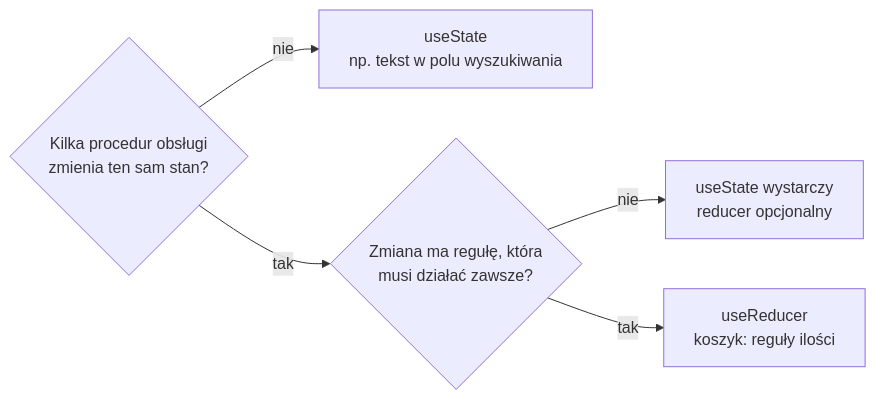
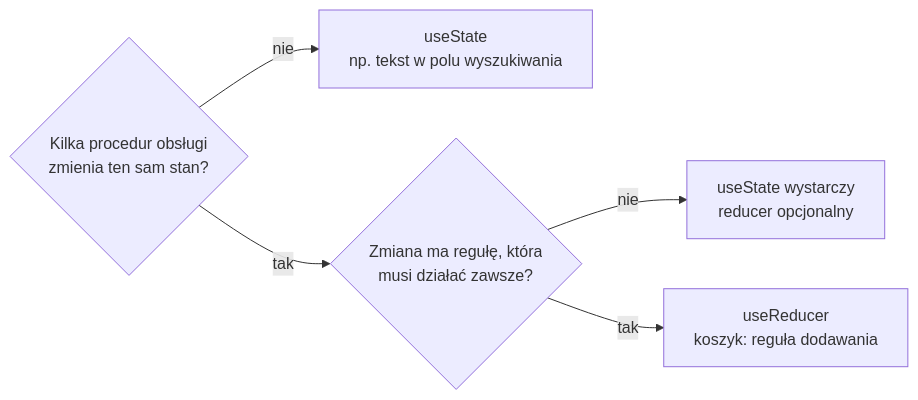
The diagram in lecture04/slides/slide_03_usereducer-czy-usestate.md (mmiotk/frontend-development-ug), drawn with Mermaid before and after one commit. The commit also changed other lines of this file and 38 other files, not shown here.

````diff
--- a/lecture04/slides/slide_03_usereducer-czy-usestate.md
+++ b/lecture04/slides/slide_03_usereducer-czy-usestate.md
@@ -65,9 +65,9 @@
 ```mermaid
 %%{init: {"flowchart": {"wrappingWidth": 360}}}%%
 flowchart LR
     Q1{"Kilka procedur obsługi<br/>zmienia ten sam stan?"}
     Q1 -->|nie| U["useState<br/>np. tekst w polu wyszukiwania"]
     Q1 -->|tak| Q2{"Zmiana ma regułę, która<br/>musi działać zawsze?"}
     Q2 -->|nie| U2["useState wystarczy<br/>reducer opcjonalny"]
-    Q2 -->|tak| R["useReducer<br/>koszyk: reguły ilości"]
+    Q2 -->|tak| R["useReducer<br/>koszyk: reguła dodawania"]
 ```
````
